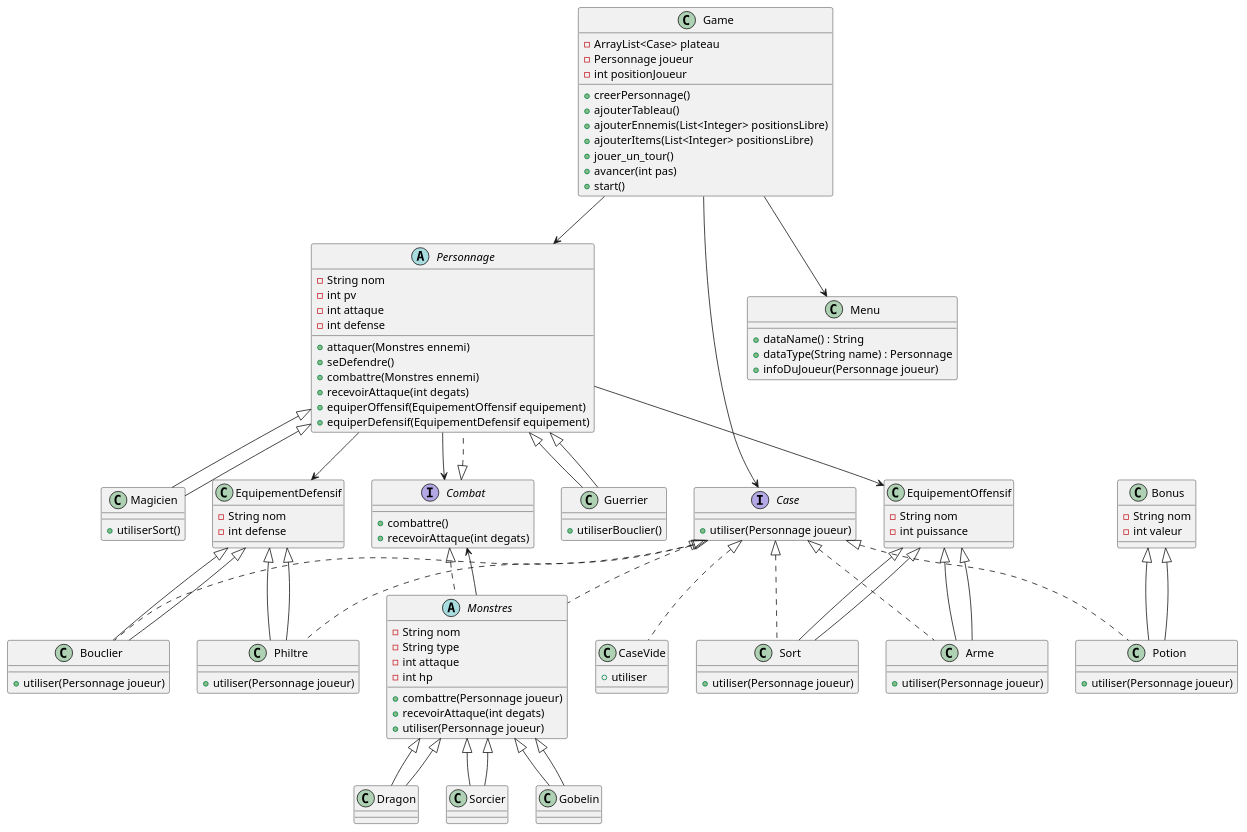
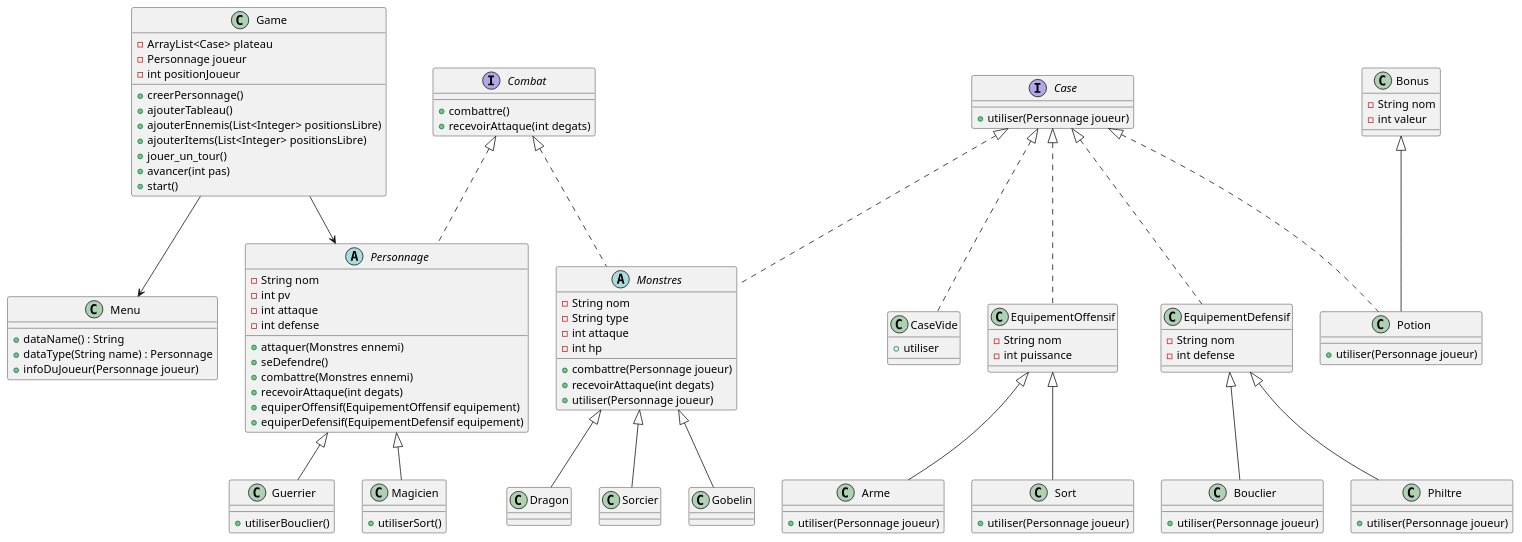
The diagram in class_diagram.puml (Lucasrdh/JavaJdr), drawn with PlantUML before and after one commit. The commit also changed 19 other files, not shown here.

```diff
--- a/class_diagram.puml
+++ b/class_diagram.puml
@@ -1,123 +1,118 @@
 @startuml
 'Diagramme de classe pour le jeu de rôle JavaJDR
 
 class Game {
     - ArrayList<Case> plateau
     - Personnage joueur
     - int positionJoueur
     + creerPersonnage()
     + ajouterTableau()
     + ajouterEnnemis(List<Integer> positionsLibre)
     + ajouterItems(List<Integer> positionsLibre)
     + jouer_un_tour()
     + avancer(int pas)
     + start()
 }
 
 abstract class Personnage implements Combat {
     - String nom
     - int pv
     - int attaque
     - int defense
     + attaquer(Monstres ennemi)
     + seDefendre()
     + combattre(Monstres ennemi)
     + recevoirAttaque(int degats)
     + equiperOffensif(EquipementOffensif equipement)
     + equiperDefensif(EquipementDefensif equipement)
 }
 
 class Guerrier extends Personnage {
     + utiliserBouclier()
 }
 
 class Magicien extends Personnage {
     + utiliserSort()
 }
 
 abstract class Monstres implements Case, Combat {
     - String nom
     - String type
     - int attaque
     - int hp
     + combattre(Personnage joueur)
     + recevoirAttaque(int degats)
     + utiliser(Personnage joueur)
 }
 
 class Dragon extends Monstres {}
 class Sorcier extends Monstres {}
 class Gobelin extends Monstres {}
 
 interface Case {
     + utiliser(Personnage joueur)
 }
 class CaseVide implements Case{
 +utiliser
 }
 
 interface Combat {
     + combattre()
     + recevoirAttaque(int degats)
 }
 
-class EquipementOffensif {
+class EquipementOffensif  implements Case{
     - String nom
     - int puissance
 }
 
-class Arme extends EquipementOffensif implements Case {
+class Arme extends EquipementOffensif  {
     + utiliser(Personnage joueur)
 }
 
-class Sort extends EquipementOffensif implements Case {
+class Sort extends EquipementOffensif  {
     + utiliser(Personnage joueur)
 }
 
-class EquipementDefensif {
+class EquipementDefensif implements Case {
     - String nom
     - int defense
 }
 
-class Bouclier extends EquipementDefensif implements Case {
+class Bouclier extends EquipementDefensif {
     + utiliser(Personnage joueur)
 }
 
-class Philtre extends EquipementDefensif implements Case {
+class Philtre extends EquipementDefensif  {
     + utiliser(Personnage joueur)
 }
 
 class Menu {
     + dataName() : String
     + dataType(String name) : Personnage
     + infoDuJoueur(Personnage joueur)
 }
 
 class Bonus {
     - String nom
     - int valeur
 }
 
 class Potion extends Bonus implements Case {
     + utiliser(Personnage joueur)
 }
 
 Game --> Personnage
-Personnage <|-- Guerrier
-Personnage <|-- Magicien
-Monstres <|-- Dragon
-Monstres <|-- Gobelin
-Monstres <|-- Sorcier
-Personnage --> EquipementOffensif
-Personnage --> EquipementDefensif
-EquipementOffensif <|-- Arme
-EquipementOffensif <|-- Sort
-EquipementDefensif <|-- Bouclier
-EquipementDefensif <|-- Philtre
-Game --> Case
-Monstres --> Combat
-Personnage --> Combat
+'Personnage <|-- Guerrier
+'Personnage <|-- Magicien
+'Monstres <|-- Dragon
+'Monstres <|-- Gobelin
+'Monstres <|-- Sorcier
+'Personnage --> EquipementOffensif
+'Personnage --> EquipementDefensif
+'Game --> Case
+'Monstres --> Combat
+'Personnage --> Combat
 Game --> Menu
-Bonus <|-- Potion
 
 @enduml
```
